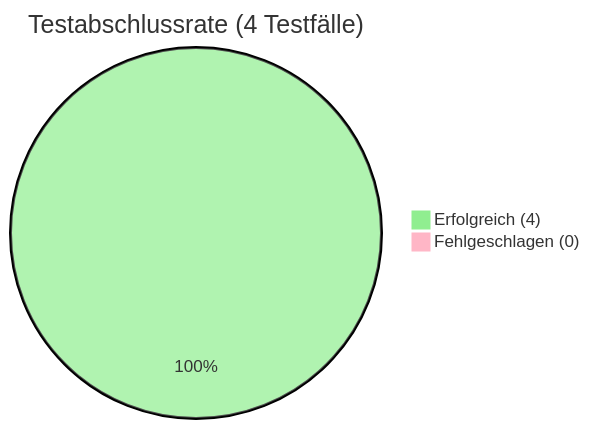
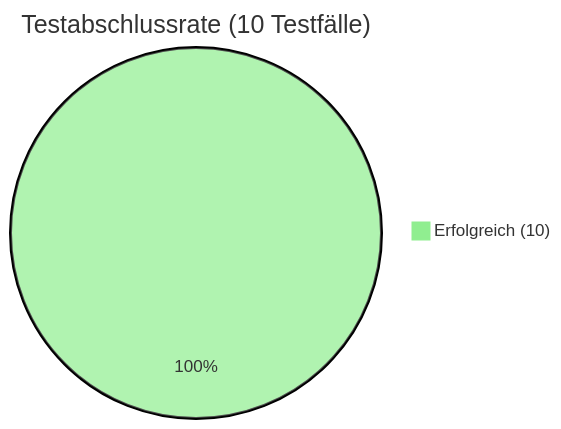
The fifth of 5 diagrams in README.md (marlonburri03/cloud-escape-lab), drawn with Mermaid before and after one commit. The commit also changed other lines of this file, not shown here.

````diff
--- a/README.md
+++ b/README.md
@@ -1009,6 +977,5 @@
 ```mermaid
-%%{init: {'theme': 'base', 'themeVariables': { 'pie1': '#90EE90', 'pie2': '#FFB6C6'}}}%%
-pie title Testabschlussrate (4 Testfälle)
-    "Erfolgreich (4)" : 100
-    "Fehlgeschlagen (0)" : 0
+%%{init: {'theme': 'base', 'themeVariables': { 'pie1': '#90EE90'}}}%%
+pie title Testabschlussrate (10 Testfälle)
+    "Erfolgreich (10)" : 100
 ```
````
